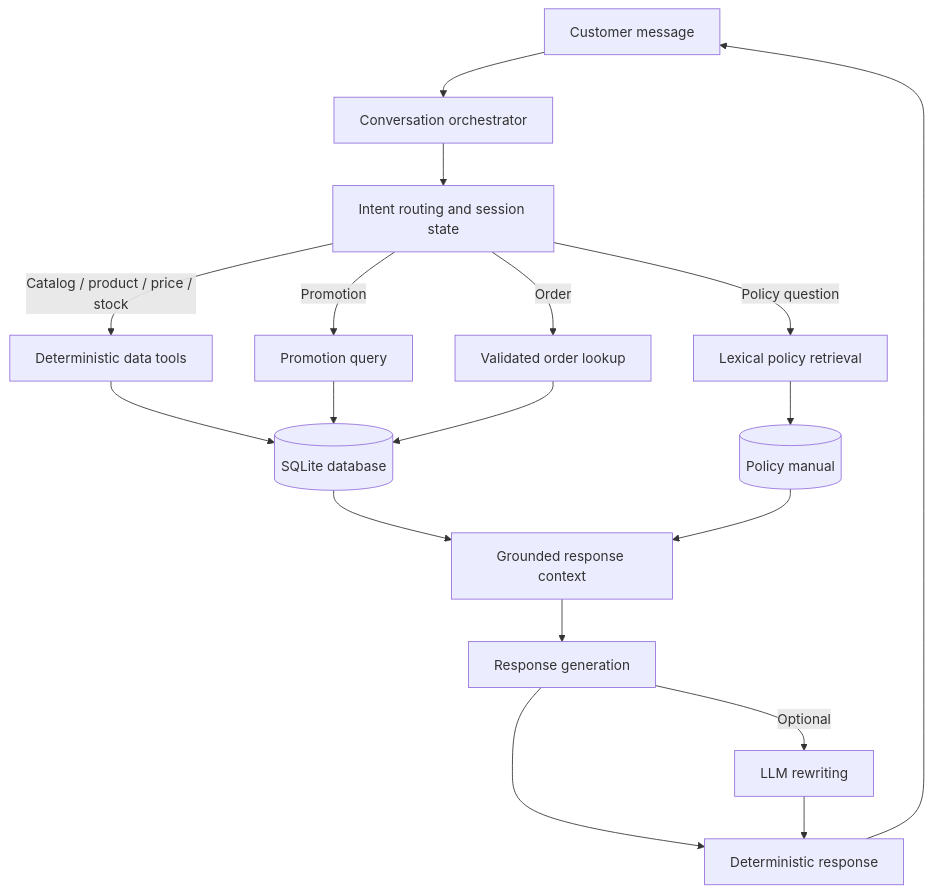
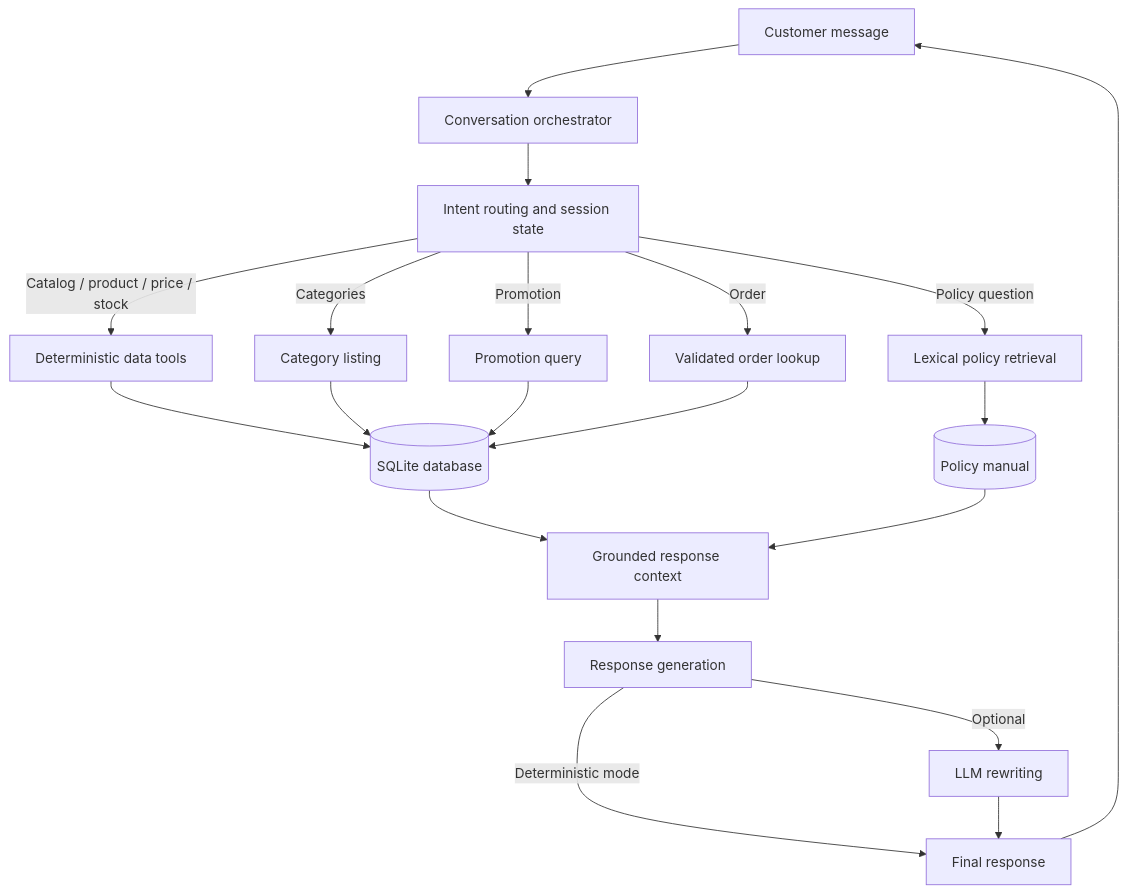
Before and after one commit to adriannogs/emporio-ai-agent: the diagram in README.md, drawn with Mermaid. The commit also changed other lines of this file, not shown here.

````diff
--- a/README.md
+++ b/README.md
@@ -40,20 +66,27 @@
 ```mermaid
 flowchart TD
     U[Customer message] --> O[Conversation orchestrator]
     O --> I[Intent routing and session state]
+
     I -->|Catalog / product / price / stock| T[Deterministic data tools]
+    I -->|Categories| C[Category listing]
     I -->|Promotion| P[Promotion query]
     I -->|Order| Q[Validated order lookup]
     I -->|Policy question| R[Lexical policy retrieval]
+
     T --> D[(SQLite database)]
+    C --> D
     P --> D
     Q --> D
     R --> M[(Policy manual)]
-    D --> C[Grounded response context]
-    M --> C
-    C --> G[Response generation]
-    G -->|Optional| L[LLM rewriting]
-    G --> A[Deterministic response]
-    L --> A
-    A --> U
+
+    D --> G[Grounded response context]
+    M --> G
+
+    G --> A[Response generation]
+    A -->|Optional| L[LLM rewriting]
+    A -->|Deterministic mode| F[Final response]
+    L --> F
+
+    F --> U
 ```
````
